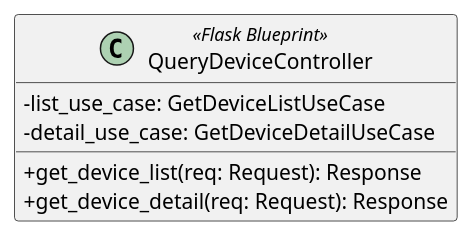
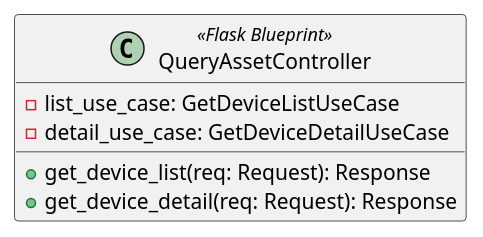
The diagram in src/PB/DocumentazioneEsterna/Specifica_Tecnica/content/uml/puml/Diagrammi_classi/Backend/InboundAdapters/QueryDeviceController.puml (GroupRubberDuck/Documentazione), drawn with PlantUML before and after one commit. The commit also changed 21 other files, not shown here.

Commit message:
Spezzati diagrammi di asset

```diff
--- a/src/PB/DocumentazioneEsterna/Specifica_Tecnica/content/uml/puml/Diagrammi_classi/Backend/InboundAdapters/QueryDeviceController.puml
+++ b/src/PB/DocumentazioneEsterna/Specifica_Tecnica/content/uml/puml/Diagrammi_classi/Backend/InboundAdapters/QueryDeviceController.puml
@@ -1,12 +1,11 @@
-@startuml QueryDeviceController
-skinparam classAttributeIconSize 0
+@startuml QueryAssetController
 
-class QueryDeviceController <<Flask Blueprint>> {
+class QueryAssetController <<Flask Blueprint>> {
     - list_use_case: GetDeviceListUseCase
     - detail_use_case: GetDeviceDetailUseCase
 
     + get_device_list(req: Request): Response
     + get_device_detail(req: Request): Response
 }
 
 @enduml
```
